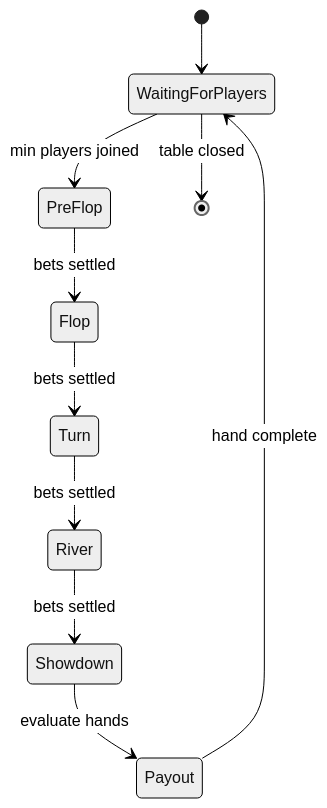
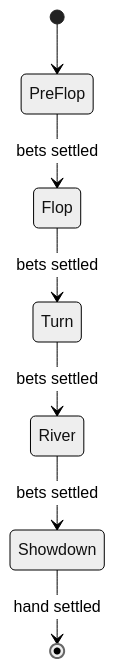
One commit to Nera26/pokerhub changed the diagram in docs/game-engine-spec.md. Above: the diagram before and after it, drawn with Mermaid (neutral theme). The commit also changed other lines of this file and 1 other file, not shown here.

````diff
--- a/docs/game-engine-spec.md
+++ b/docs/game-engine-spec.md
@@ -4,12 +4,9 @@
 ```mermaid
 stateDiagram-v2
-    [*] --> WaitingForPlayers
-    WaitingForPlayers --> PreFlop: min players joined
+    [*] --> PreFlop
     PreFlop --> Flop: bets settled
     Flop --> Turn: bets settled
     Turn --> River: bets settled
     River --> Showdown: bets settled
-    Showdown --> Payout: evaluate hands
-    Payout --> WaitingForPlayers: hand complete
-    WaitingForPlayers --> [*]: table closed
+    Showdown --> [*]: hand settled
 ```
````
